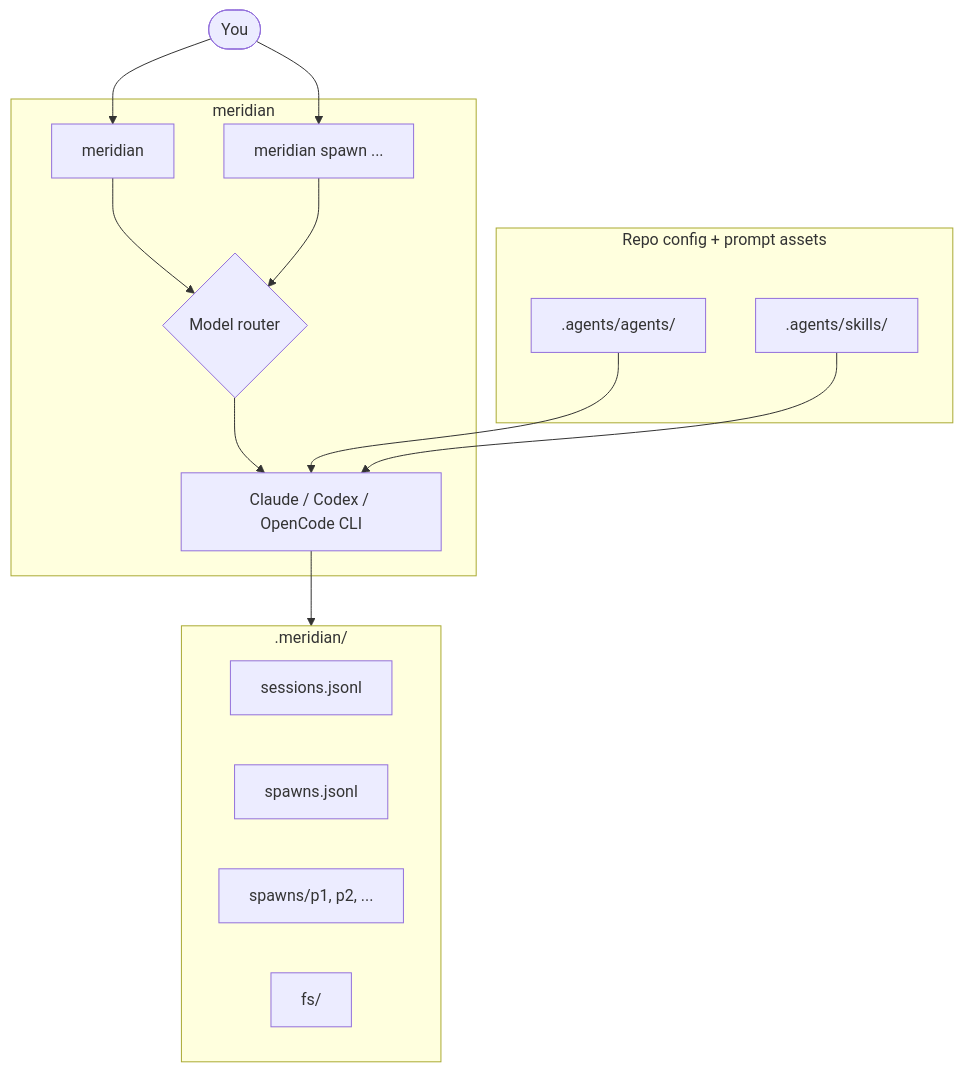
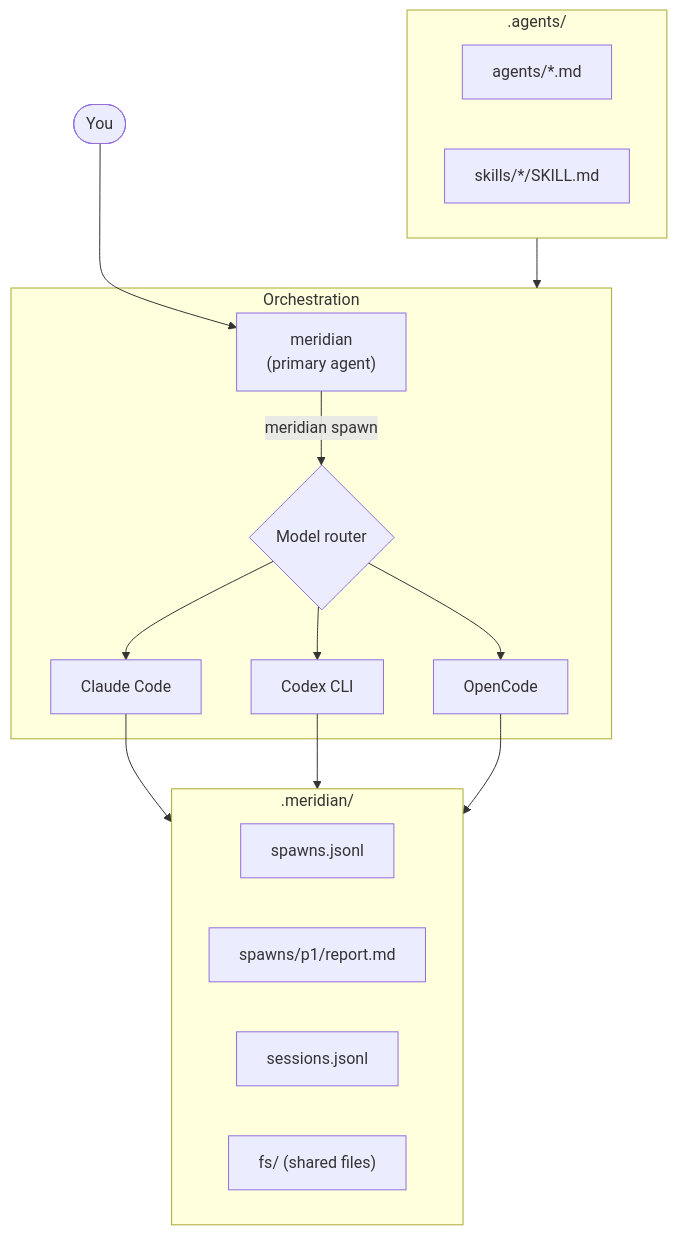
The diagram in README.md (meridian-flow/meridian-cli), drawn with Mermaid before and after one commit. The commit also changed other lines of this file, not shown here.

First line of the commit message:
Rewrite README around the orchestration story

````diff
--- a/README.md
+++ b/README.md
@@ -54,28 +173,28 @@
 ```mermaid
 graph TB
-    User([You])
-    User --> Primary["meridian"]
-    User --> SpawnCLI["meridian spawn ..."]
+    User([You]) --> Primary["meridian<br/>(primary agent)"]
 
-    subgraph Meridian["meridian"]
-        Primary --> Router{"Model router"}
-        SpawnCLI --> Router
-        Router --> Harness["Claude / Codex / OpenCode CLI"]
+    subgraph Orchestration
+        Primary -->|"meridian spawn"| Router{"Model router"}
+        Router --> Claude["Claude Code"]
+        Router --> Codex["Codex CLI"]
+        Router --> OpenCode["OpenCode"]
     end
 
-    subgraph State[".meridian/"]
+    subgraph ".meridian/"
+        Spawns["spawns.jsonl"]
+        Reports["spawns/p1/report.md"]
         Sessions["sessions.jsonl"]
-        SpawnsJsonl["spawns.jsonl"]
-        SpawnDirs["spawns/p1, p2, ..."]
-        Fs["fs/"]
+        Fs["fs/ (shared files)"]
     end
 
-    subgraph Repo["Repo config + prompt assets"]
-        Agents[".agents/agents/"]
-        Skills[".agents/skills/"]
+    subgraph ".agents/"
+        Agents["agents/*.md"]
+        Skills["skills/*/SKILL.md"]
     end
 
-    Harness --> State
-    Agents --> Harness
-    Skills --> Harness
+    Claude --> .meridian/
+    Codex --> .meridian/
+    OpenCode --> .meridian/
+    .agents/ --> Orchestration
 ```
````
